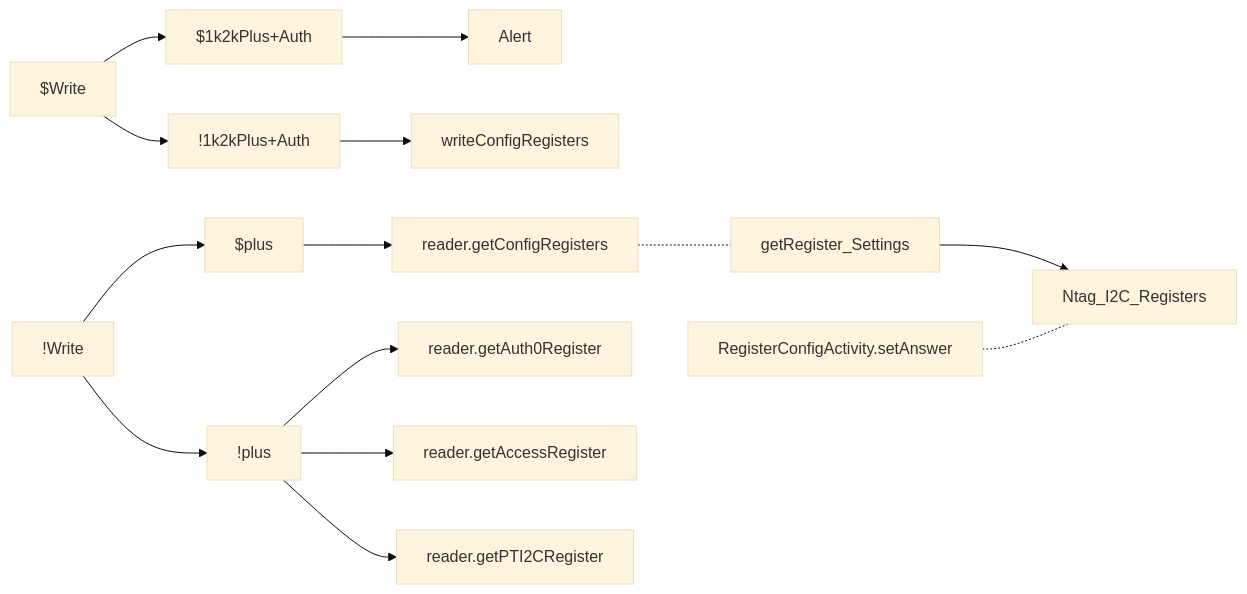
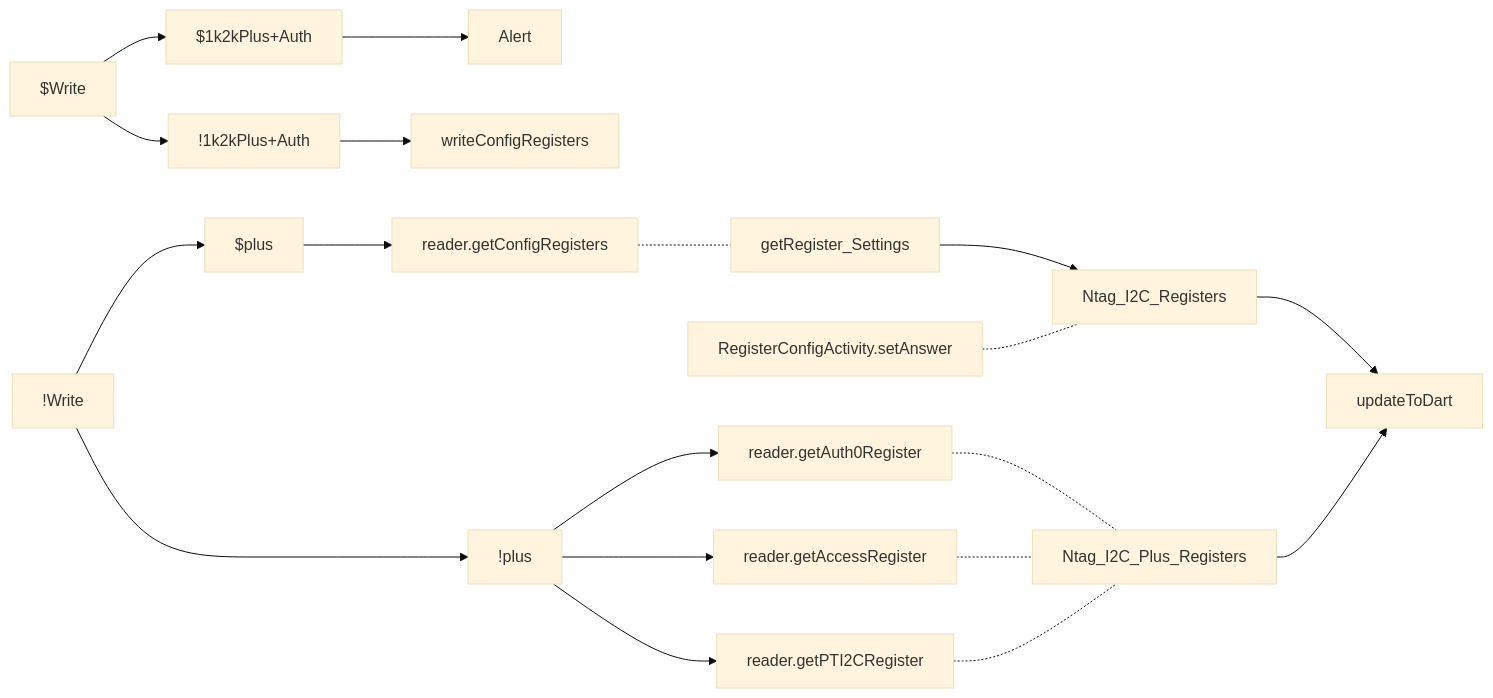
One commit to gordianknotC/nxp_note changed the ninth of 9 diagrams in nxp/NtagDemo_mermaid.md. Above: the diagram before and after it, drawn with Mermaid (base theme). The commit also changed other lines of this file, not shown here.

Commit message:
nxp/NtagDemo_mermaid.md updated from https://stackedit.io/

````diff
--- a/nxp/NtagDemo_mermaid.md
+++ b/nxp/NtagDemo_mermaid.md
@@ -285,23 +285,29 @@
 ```mermaid
 graph LR
 $Write
 !Write
 $1k2kPlus+Auth
 !1k2kPlus+Auth
 
 $Write --> $1k2kPlus+Auth
 $1k2kPlus+Auth --> Alert
 $Write --> !1k2kPlus+Auth
 !1k2kPlus+Auth --> writeConfigRegisters
 
 !Write --> $plus 
 $plus --> reader.getConfigRegisters
 reader.getConfigRegisters -.- getRegister_Settings
 getRegister_Settings --> Ntag_I2C_Registers
 RegisterConfigActivity.setAnswer -.- Ntag_I2C_Registers
 
 !Write --> !plus
 !plus --> reader.getAuth0Register
 !plus --> reader.getAccessRegister
 !plus --> reader.getPTI2CRegister
+reader.getAuth0Register -.- Ntag_I2C_Plus_Registers
+reader.getAccessRegister-.- Ntag_I2C_Plus_Registers
+reader.getPTI2CRegister-.- Ntag_I2C_Plus_Registers
+
+Ntag_I2C_Registers --> updateToDart
+Ntag_I2C_Plus_Registers --> updateToDart
 ```
````
